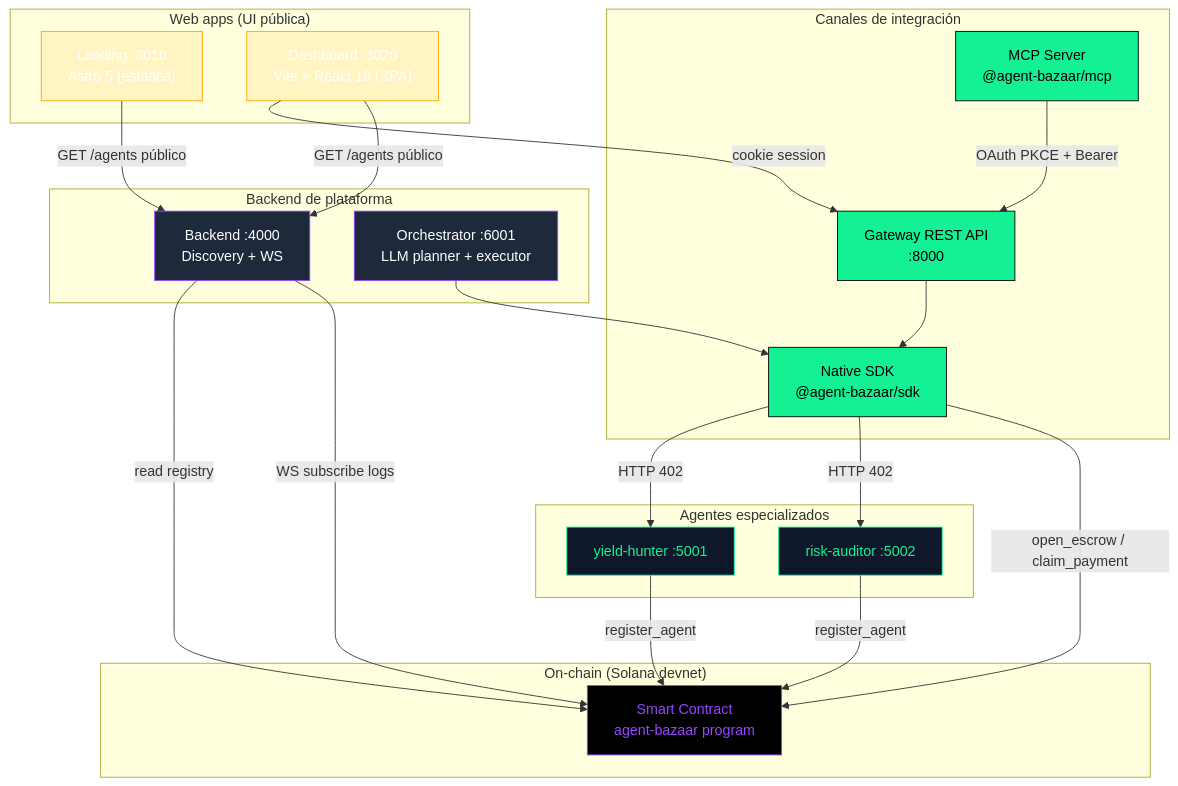
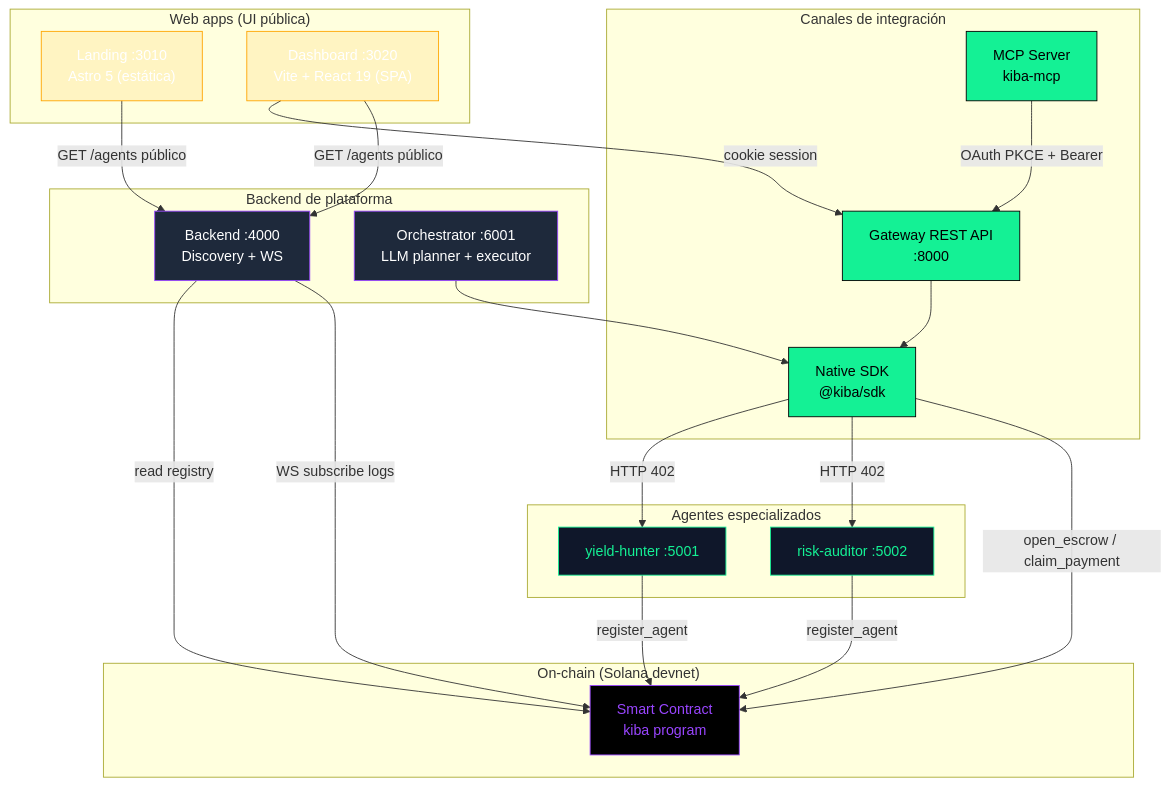
The first of 11 diagrams in docs/architecture.md (CoKeFish/kiba), drawn with Mermaid before and after one commit. The commit also changed other lines of this file and 94 other files, not shown here.

First line of the commit message:
chore: rebrand agent-bazaar → kiba across the monorepo

````diff
--- a/docs/architecture.md
+++ b/docs/architecture.md
@@ -12,54 +12,54 @@
 ```mermaid
 graph TB
     subgraph web["Web apps (UI pública)"]
         LAND["Landing :3010<br/>Astro 5 (estática)"]
         DASH["Dashboard :3020<br/>Vite + React 19 (SPA)"]
     end
 
     subgraph access["Canales de integración"]
-        SDK["Native SDK<br/>@agent-bazaar/sdk"]
+        SDK["Native SDK<br/>@kiba/sdk"]
         GW["Gateway REST API<br/>:8000"]
-        MCP["MCP Server<br/>@agent-bazaar/mcp"]
+        MCP["MCP Server<br/>kiba-mcp"]
     end
 
     subgraph core["Backend de plataforma"]
         BE["Backend :4000<br/>Discovery + WS"]
         ORCH["Orchestrator :6001<br/>LLM planner + executor"]
     end
 
     subgraph agents["Agentes especializados"]
         A1["yield-hunter :5001"]
         A2["risk-auditor :5002"]
     end
 
     subgraph chain["On-chain (Solana devnet)"]
-        SC["Smart Contract<br/>agent-bazaar program"]
+        SC["Smart Contract<br/>kiba program"]
     end
 
     LAND -->|GET /agents público| BE
     DASH -->|cookie session| GW
     DASH -->|GET /agents público| BE
     MCP -->|OAuth PKCE + Bearer| GW
     GW --> SDK
     ORCH --> SDK
 
     SDK -->|HTTP 402| A1
     SDK -->|HTTP 402| A2
     SDK -->|open_escrow / claim_payment| SC
     BE -->|read registry| SC
     BE -->|WS subscribe logs| SC
     A1 -->|register_agent| SC
     A2 -->|register_agent| SC
 
     classDef webStyle fill:#FFA50020,stroke:#FFA500,color:#fff
     classDef accessStyle fill:#14F195,stroke:#000,color:#000
     classDef coreStyle fill:#1e293b,stroke:#9945FF,color:#fff
     classDef agentStyle fill:#0f172a,stroke:#14F195,color:#14F195
     classDef chainStyle fill:#000,stroke:#9945FF,color:#9945FF
 
     class LAND,DASH webStyle
     class SDK,GW,MCP accessStyle
     class BE,ORCH coreStyle
     class A1,A2 agentStyle
     class SC chainStyle
 ```
````
